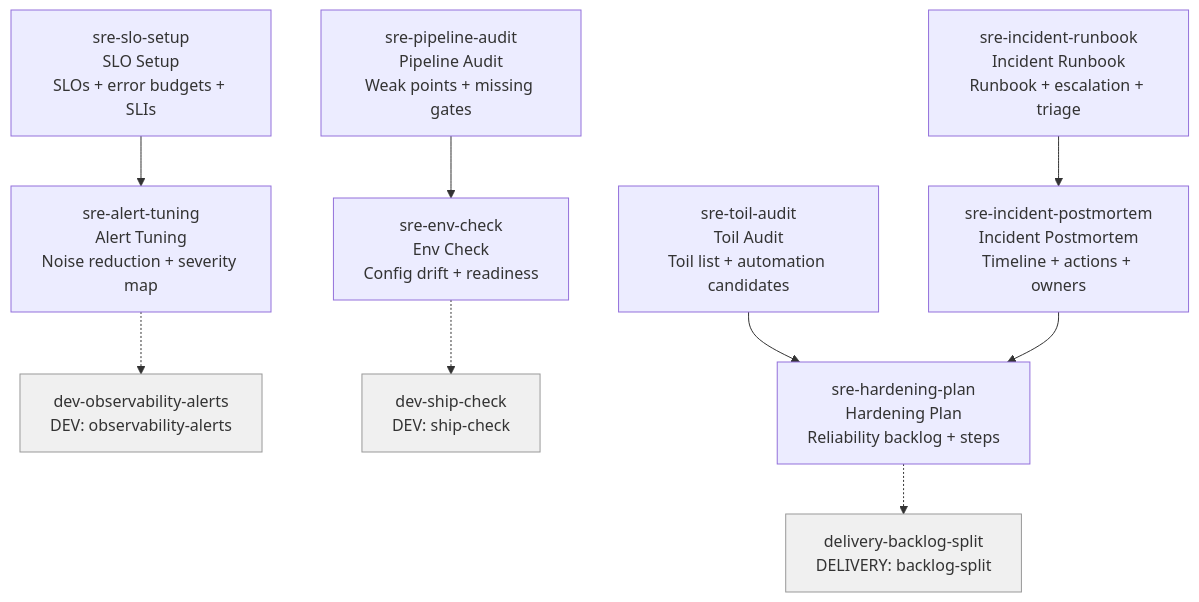
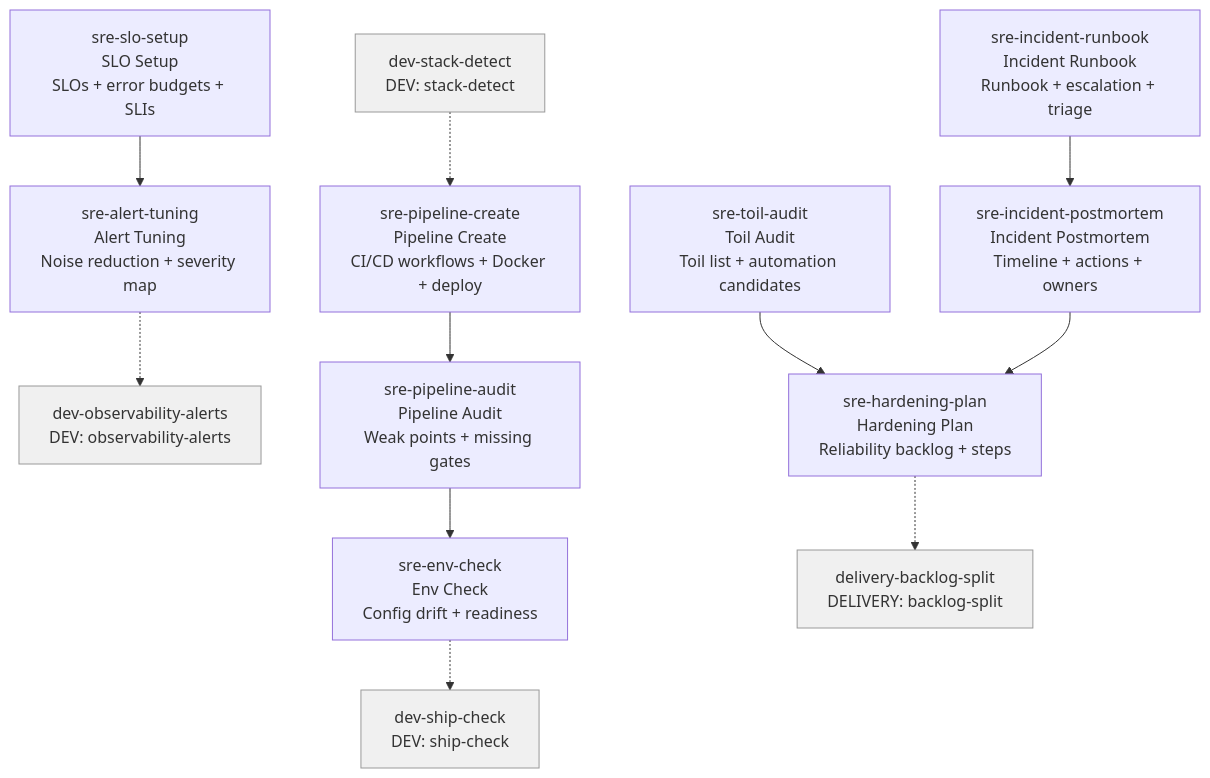
The diagram in roadmaps/jaan-to/tasks/role-skills/sre.md (parhumm/jaan-to), drawn with Mermaid before and after one commit. The commit also changed other lines of this file and 4 other files, not shown here.

First line of the commit message:
docs(roadmap): add 4 gap skills — dev-be-scaffold, dev-fe-scaffold, sre-pipeline-create, pm-trace-links

````diff
--- a/roadmaps/jaan-to/tasks/role-skills/sre.md
+++ b/roadmaps/jaan-to/tasks/role-skills/sre.md
@@ -9,15 +9,18 @@
 ```mermaid
 flowchart TD
     jaan-to-sre-slo-setup["sre-slo-setup<br>SLO Setup<br>SLOs + error budgets + SLIs"] --> jaan-to-sre-alert-tuning["sre-alert-tuning<br>Alert Tuning<br>Noise reduction + severity map"]
     jaan-to-sre-alert-tuning["sre-alert-tuning<br>Alert Tuning<br>Noise reduction + severity map"] -.-> jaan-to-dev-observability-alerts["dev-observability-alerts<br>DEV: observability-alerts"]
+    dev-stack-detect["dev-stack-detect<br>DEV: stack-detect"] -.-> jaan-to-sre-pipeline-create["sre-pipeline-create<br>Pipeline Create<br>CI/CD workflows + Docker + deploy"]
+    jaan-to-sre-pipeline-create["sre-pipeline-create<br>Pipeline Create<br>CI/CD workflows + Docker + deploy"] --> jaan-to-sre-pipeline-audit["sre-pipeline-audit<br>Pipeline Audit<br>Weak points + missing gates"]
     jaan-to-sre-pipeline-audit["sre-pipeline-audit<br>Pipeline Audit<br>Weak points + missing gates"] --> jaan-to-sre-env-check["sre-env-check<br>Env Check<br>Config drift + readiness"]
     jaan-to-sre-env-check["sre-env-check<br>Env Check<br>Config drift + readiness"] -.-> jaan-to-dev-ship-check["dev-ship-check<br>DEV: ship-check"]
     jaan-to-sre-toil-audit["sre-toil-audit<br>Toil Audit<br>Toil list + automation candidates"] --> jaan-to-sre-hardening-plan["sre-hardening-plan<br>Hardening Plan<br>Reliability backlog + steps"]
     jaan-to-sre-hardening-plan["sre-hardening-plan<br>Hardening Plan<br>Reliability backlog + steps"] -.-> jaan-to-delivery-backlog-split["delivery-backlog-split<br>DELIVERY: backlog-split"]
     jaan-to-sre-incident-runbook["sre-incident-runbook<br>Incident Runbook<br>Runbook + escalation + triage"] --> jaan-to-sre-incident-postmortem["sre-incident-postmortem<br>Incident Postmortem<br>Timeline + actions + owners"]
     jaan-to-sre-incident-postmortem["sre-incident-postmortem<br>Incident Postmortem<br>Timeline + actions + owners"] --> jaan-to-sre-hardening-plan["sre-hardening-plan<br>Hardening Plan<br>Reliability backlog + steps"]
 
+    style dev-stack-detect fill:#f0f0f0,stroke:#999
     style jaan-to-dev-observability-alerts fill:#f0f0f0,stroke:#999
     style jaan-to-dev-ship-check fill:#f0f0f0,stroke:#999
     style jaan-to-delivery-backlog-split fill:#f0f0f0,stroke:#999
 ```
````
